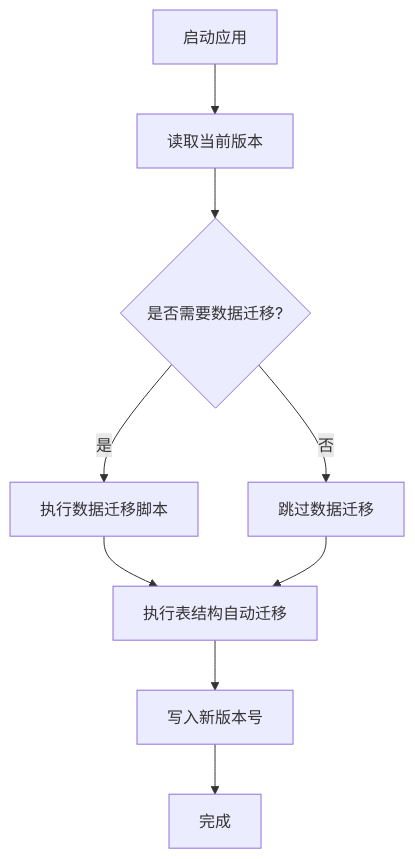
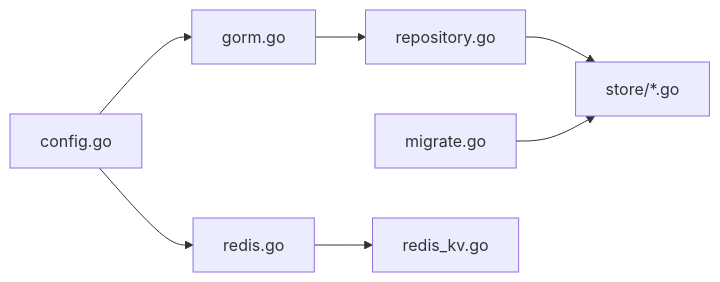
One commit to x01n/My-OpenWaf changed the seventh of 7 diagrams in docs/数据存储层/数据存储层.md. Above: the diagram before and after it, drawn with Mermaid. The commit also changed other lines of this file and 199 other files, not shown here.

````diff
--- a/docs/数据存储层/数据存储层.md
+++ b/docs/数据存储层/数据存储层.md
@@ -568,11 +493,9 @@
 ```mermaid
-flowchart TD
-A["启动应用"] --> B["读取当前版本"]
-B --> C{"是否需要数据迁移?"}
-C --> |是| D["执行数据迁移脚本"]
-C --> |否| E["跳过数据迁移"]
-D --> F["执行表结构自动迁移"]
-E --> F
-F --> G["写入新版本号"]
-G --> H["完成"]
+graph LR
+CFG["config.go"] --> DBF["gorm.go"]
+CFG --> RCFG["redis.go"]
+DBF --> REPOS["repository.go"]
+REPOS --> MODELS["store/*.go"]
+MIG["migrate.go"] --> MODELS
+RCFG --> RKV["redis_kv.go"]
 ```
````
